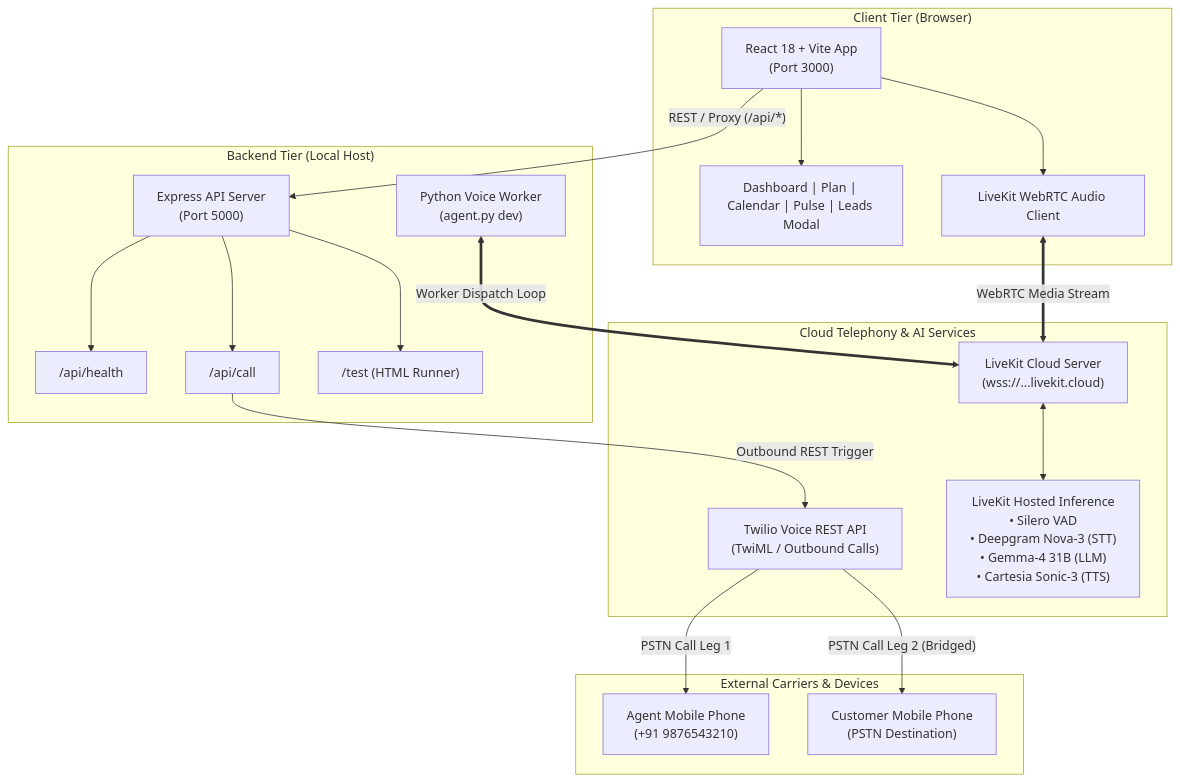
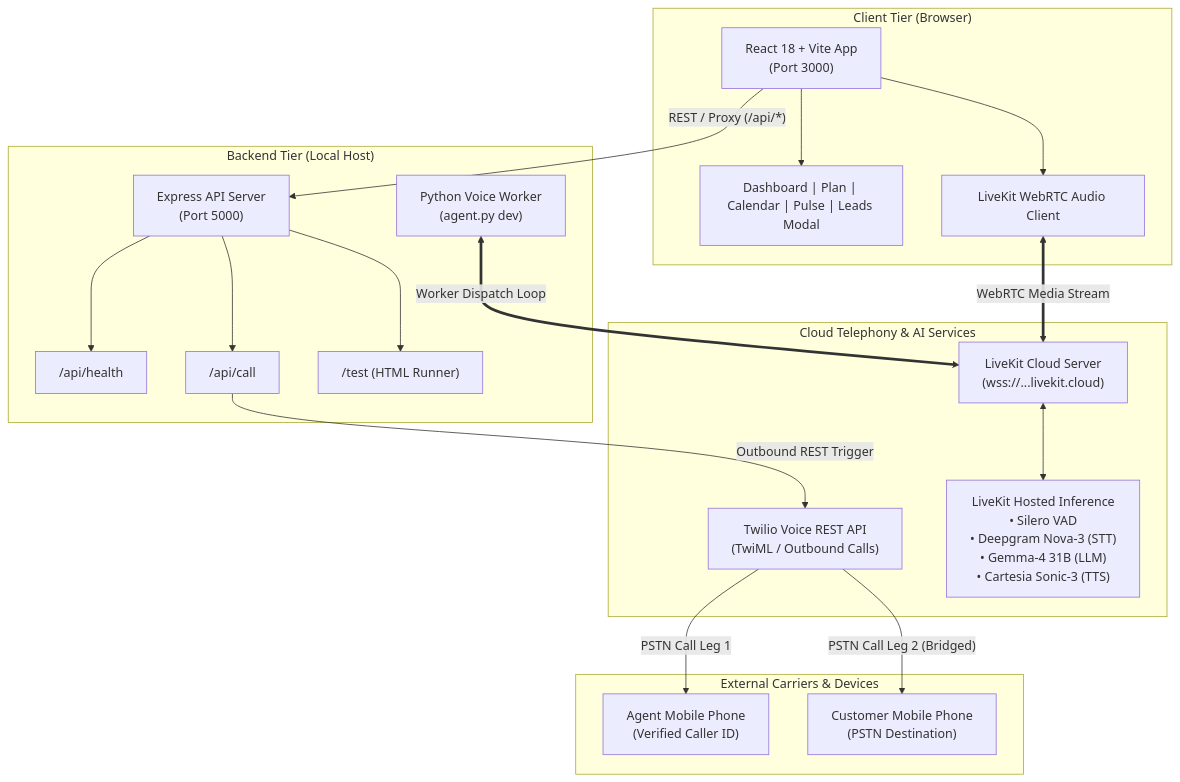
One commit to nandan-byte/OnGround-Calling-Agent changed the first of 4 diagrams in README.md. Above: the diagram before and after it, drawn with Mermaid. The commit also changed other lines of this file, not shown here.

Commit message:
docs: sanitize phone numbers and document Twilio free trial verified numbers requirement

````diff
--- a/README.md
+++ b/README.md
@@ -42,45 +42,45 @@
 ```mermaid
 graph TB
     subgraph Client ["Client Tier (Browser)"]
         UI["React 18 + Vite App<br/>(Port 3000)"]
         Components["Dashboard | Plan | Calendar | Pulse | Leads Modal"]
         WebRTC["LiveKit WebRTC Audio Client"]
         UI --> Components
         UI --> WebRTC
     end
 
     subgraph Backend ["Backend Tier (Local Host)"]
         Server["Express API Server<br/>(Port 5000)"]
         Health["/api/health"]
         CallAPI["/api/call"]
         StaticTest["/test (HTML Runner)"]
         
         Server --> Health
         Server --> CallAPI
         Server --> StaticTest
         
         AgentWorker["Python Voice Worker<br/>(agent.py dev)"]
     end
 
     subgraph CloudTelephony ["Cloud Telephony & AI Services"]
         TwilioAPI["Twilio Voice REST API<br/>(TwiML / Outbound Calls)"]
         LiveKitCloud["LiveKit Cloud Server<br/>(wss://...livekit.cloud)"]
         Inference["LiveKit Hosted Inference<br/>• Silero VAD<br/>• Deepgram Nova-3 (STT)<br/>• Gemma-4 31B (LLM)<br/>• Cartesia Sonic-3 (TTS)"]
         
         LiveKitCloud <--> Inference
     end
 
     subgraph Carriers ["External Carriers & Devices"]
-        AgentPhone["Agent Mobile Phone<br/>(+91 9876543210)"]
+        AgentPhone["Agent Mobile Phone<br/>(Verified Caller ID)"]
         CustomerPhone["Customer Mobile Phone<br/>(PSTN Destination)"]
     end
 
     %% Communications
     UI -- "REST / Proxy (/api/*)" --> Server
     CallAPI -- "Outbound REST Trigger" --> TwilioAPI
     TwilioAPI -- "PSTN Call Leg 1" --> AgentPhone
     TwilioAPI -- "PSTN Call Leg 2 (Bridged)" --> CustomerPhone
     
     WebRTC <== "WebRTC Media Stream" ==> LiveKitCloud
     AgentWorker <== "Worker Dispatch Loop" ==> LiveKitCloud
 ```
````
